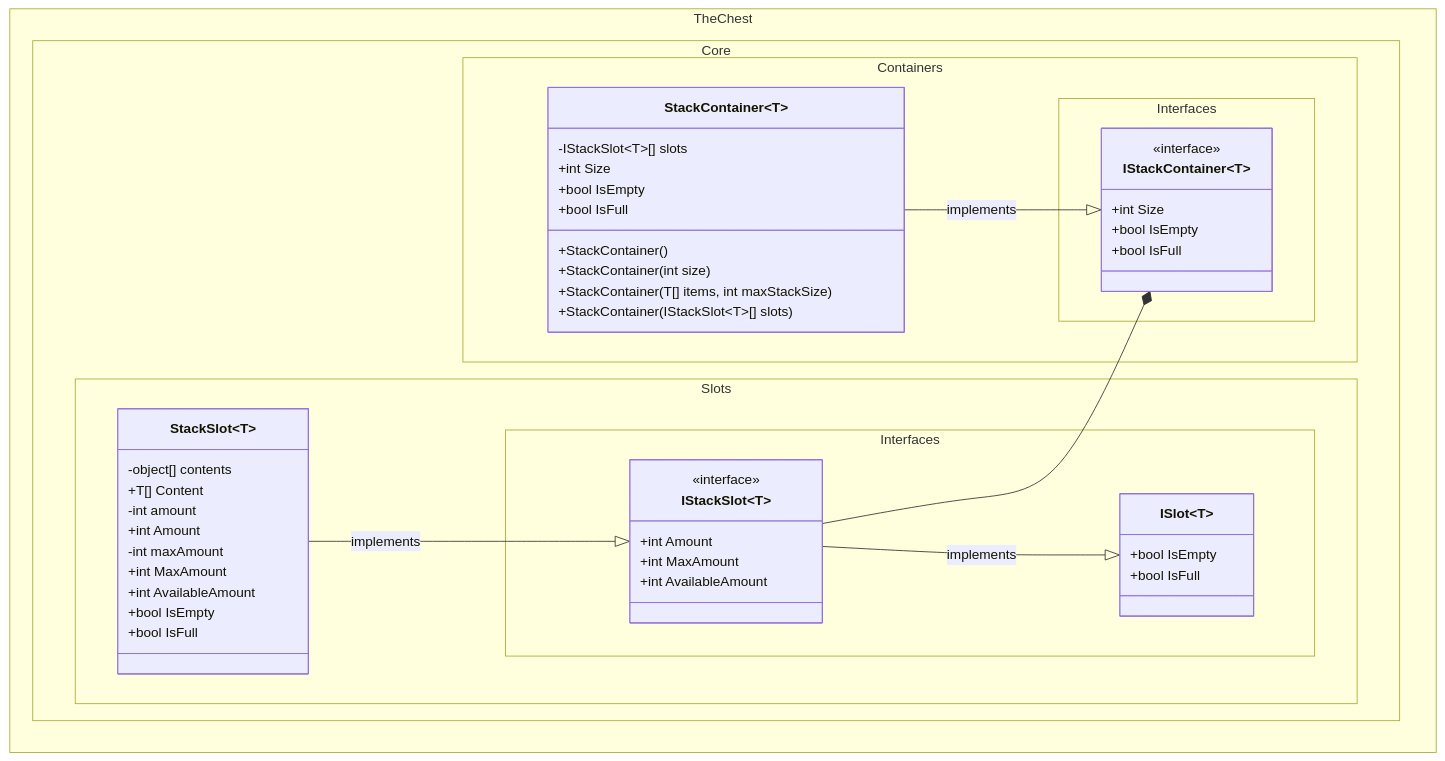
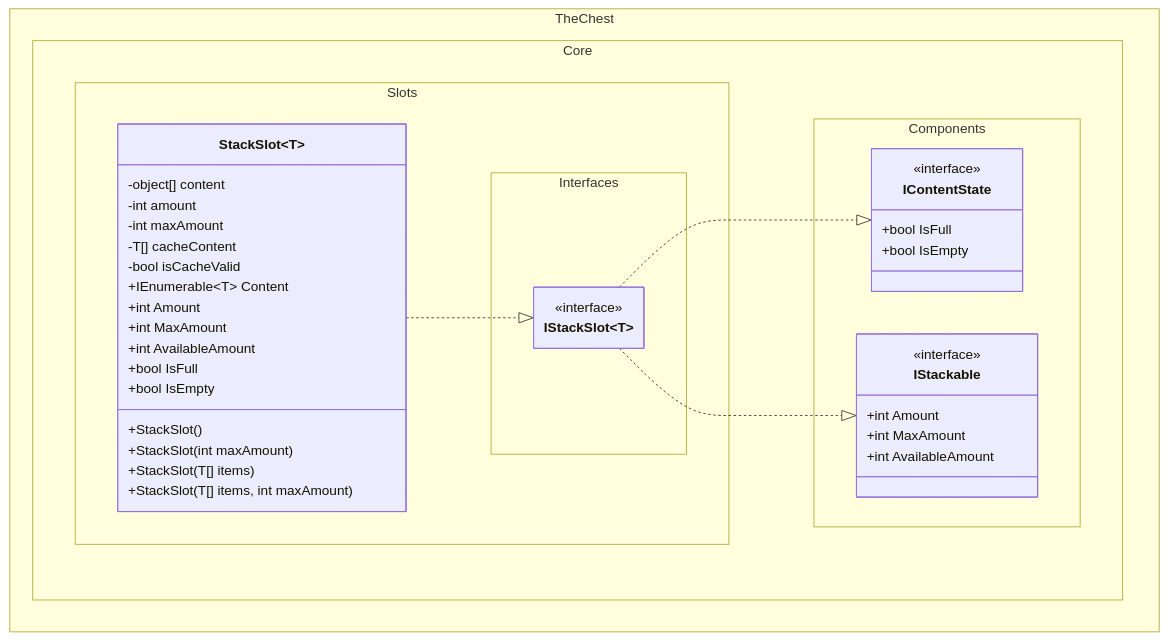
Before and after one commit to The-Chest/TheChest.Core: the fifth of 6 diagrams in docs/class_diagram.md, drawn with Mermaid. The commit also changed other lines of this file, not shown here.

Commit message:
Changes in class_diagrams.md

````diff
--- a/docs/class_diagram.md
+++ b/docs/class_diagram.md
@@ -74,69 +205,51 @@
 ```mermaid
 ---
 config:
   theme: mc
   look: classic
   class:
     hideEmptyMembersBox: true
 ---
 classDiagram
 direction BT
-	namespace TheChest.Core.Containers.Interfaces {
-		class IStackContainer~T~ {
-	        +int Size
-	        +bool IsEmpty
-	        +bool IsFull
+    namespace TheChest.Core.Components {
+        class IContentState {
+            <<interface>>
+            +bool IsFull
+            +bool IsEmpty
         }
-	}
-	namespace TheChest.Core.Slots.Interfaces {
-        class ISlot~T~ {
-	        +bool IsEmpty
-	        +bool IsFull
-        }
-        class IStackSlot~T~ {
+        class IStackable {
+            <<interface>>
             +int Amount
             +int MaxAmount
             +int AvailableAmount
         }
-	}
-	namespace TheChest.Core.Containers {
-		class StackContainer~T~ {
-			-IStackSlot~T~[] slots
-
-			+StackContainer()
-			+StackContainer(int size)
-			+StackContainer(T[] items, int maxStackSize)
-			+StackContainer(IStackSlot~T~[] slots)
-	        
-			+int Size
-	        +bool IsEmpty
-	        +bool IsFull
+    }
+    namespace TheChest.Core.Slots.Interfaces {
+        class IStackSlot~T~ {
+            <<interface>>
         }
-	}
-
-	namespace TheChest.Core.Slots {
-		class StackSlot~T~{
-			-object[] contents
-			+T[] Content
-
-			-int amount            
-			+int Amount
-
-			-int maxAmount
+    }
+    namespace TheChest.Core.Slots {
+        class StackSlot~T~ {
+            -object[] content
+            -int amount
+            -int maxAmount
+            -T[] cacheContent
+            -bool isCacheValid
+            +IEnumerable~T~ Content
+            +int Amount
             +int MaxAmount
-
             +int AvailableAmount
-	        +bool IsEmpty
-	        +bool IsFull
-
-		}
-	}
-
-	<<interface>> IStackContainer
-    <<interface>> IStackSlot
-
-    StackContainer --|> IStackContainer : implements
-    IStackSlot --|> ISlot : implements
-    StackSlot --|> IStackSlot : implements
-    IStackSlot --* IStackContainer
+            +bool IsFull
+            +bool IsEmpty
+            +StackSlot()
+            +StackSlot(int maxAmount)
+            +StackSlot(T[] items)
+            +StackSlot(T[] items, int maxAmount)
+        }
+    }
+    IStackSlot~T~ ..|> IContentState
+    IStackSlot~T~ ..|> IStackable
+    StackSlot~T~ ..|> IStackSlot~T~
 ```
````
